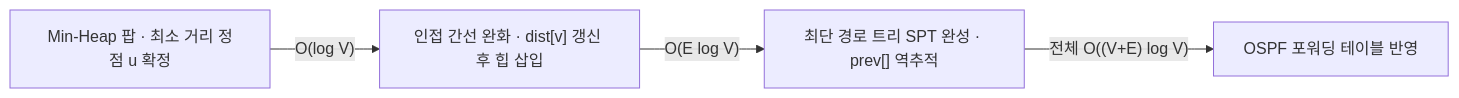
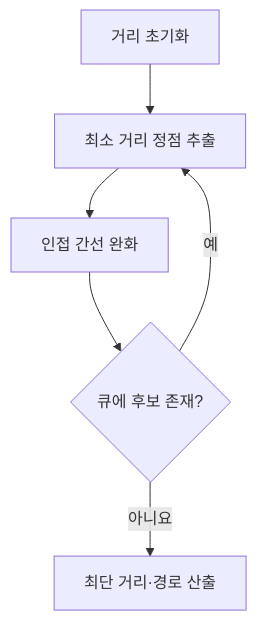
One commit to agnusdei1207/study changed the second of 2 diagrams in src/content/docs/notes/itpe/02-software-engineering/189_dijkstra_algorithm.md. Above: the diagram before and after it, drawn with Mermaid. The commit also changed other lines of this file and 15 other files, not shown here.

````diff
--- a/src/content/docs/notes/itpe/02-software-engineering/189_dijkstra_algorithm.md
+++ b/src/content/docs/notes/itpe/02-software-engineering/189_dijkstra_algorithm.md
@@ -120,6 +100,8 @@
 ```mermaid
-flowchart LR
-    A["Min-Heap 팝 · 최소 거리 정점 u 확정"] -->|"O(log V)"| B["인접 간선 완화 · dist[v] 갱신 후 힙 삽입"]
-    B -->|"O(E log V)"| C["최단 경로 트리 SPT 완성 · prev[] 역추적"]
-    C -->|"전체 O((V+E) log V)"| D["OSPF 포워딩 테이블 반영"]
+flowchart TB
+    A["거리 초기화"] --> B["최소 거리 정점 추출"]
+    B --> C["인접 간선 완화"]
+    C --> D{"큐에 후보 존재?"}
+    D -->|"예"| B
+    D -->|"아니요"| E["최단 거리·경로 산출"]
 ```
````
